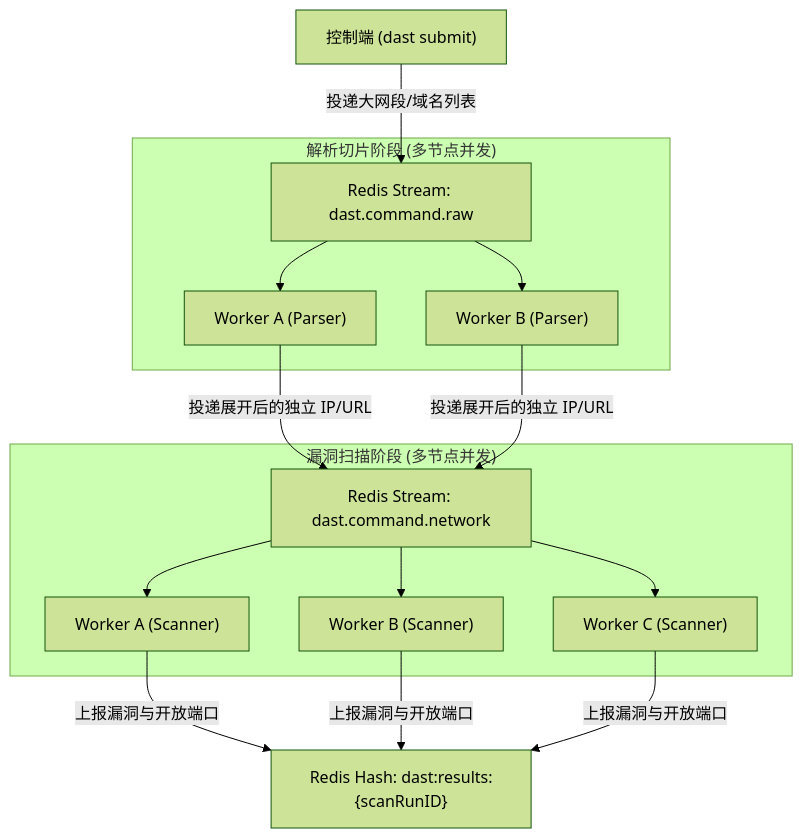
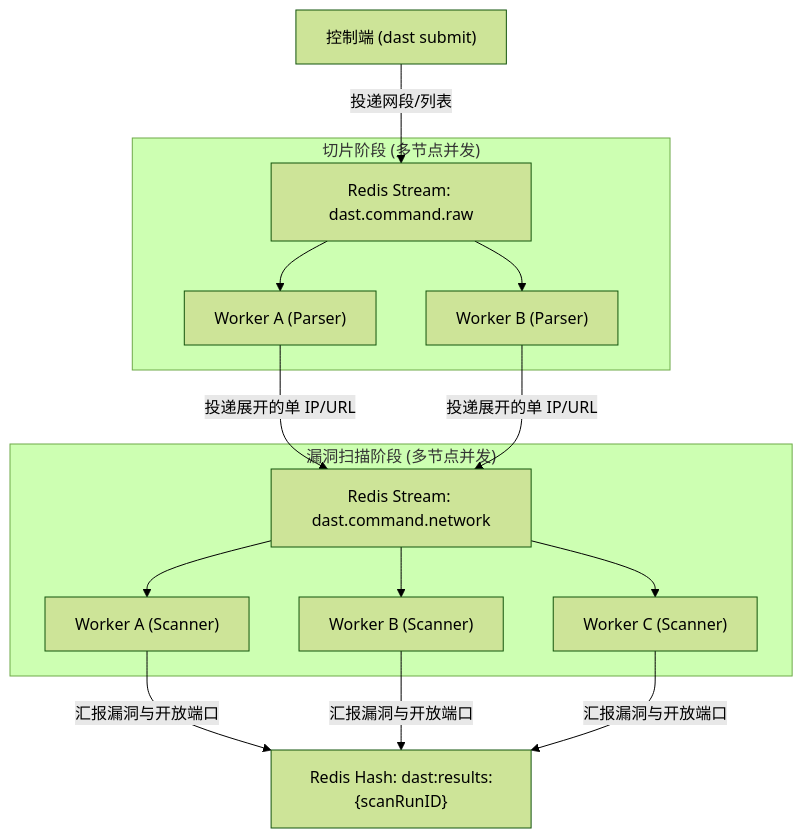
One commit to exzco/DAST changed the diagram in README.md. Above: the diagram before and after it, drawn with Mermaid (forest theme). The commit also changed other lines of this file and 12 other files, not shown here.

````diff
--- a/README.md
+++ b/README.md
@@ -156,19 +138,19 @@
 ```mermaid
 flowchart TD
-    Client["控制端 (dast submit)"] -->|投递大网段/域名列表| RawStream["Redis Stream: dast.command.raw"]
+    Client["控制端 (dast submit)"] -->|投递网段/列表| RawStream["Redis Stream: dast.command.raw"]
 
-    subgraph ParserPhase ["解析切片阶段 (多节点并发)"]
+    subgraph ParserPhase ["切片阶段 (多节点并发)"]
         RawStream --> W1_P["Worker A (Parser)"]
         RawStream --> W2_P["Worker B (Parser)"]
     end
 
-    W1_P & W2_P -->|投递展开后的独立 IP/URL| NetStream["Redis Stream: dast.command.network"]
+    W1_P & W2_P -->|投递展开的单 IP/URL| NetStream["Redis Stream: dast.command.network"]
 
     subgraph ScanPhase ["漏洞扫描阶段 (多节点并发)"]
         NetStream --> W1_S["Worker A (Scanner)"]
         NetStream --> W2_S["Worker B (Scanner)"]
         NetStream --> W3_S["Worker C (Scanner)"]
     end
 
-    W1_S & W2_S & W3_S -->|上报漏洞与开放端口| ResultHash["Redis Hash: dast:results:{scanRunID}"]
+    W1_S & W2_S & W3_S -->|汇报漏洞与开放端口| ResultHash["Redis Hash: dast:results:{scanRunID}"]
 ```
````
